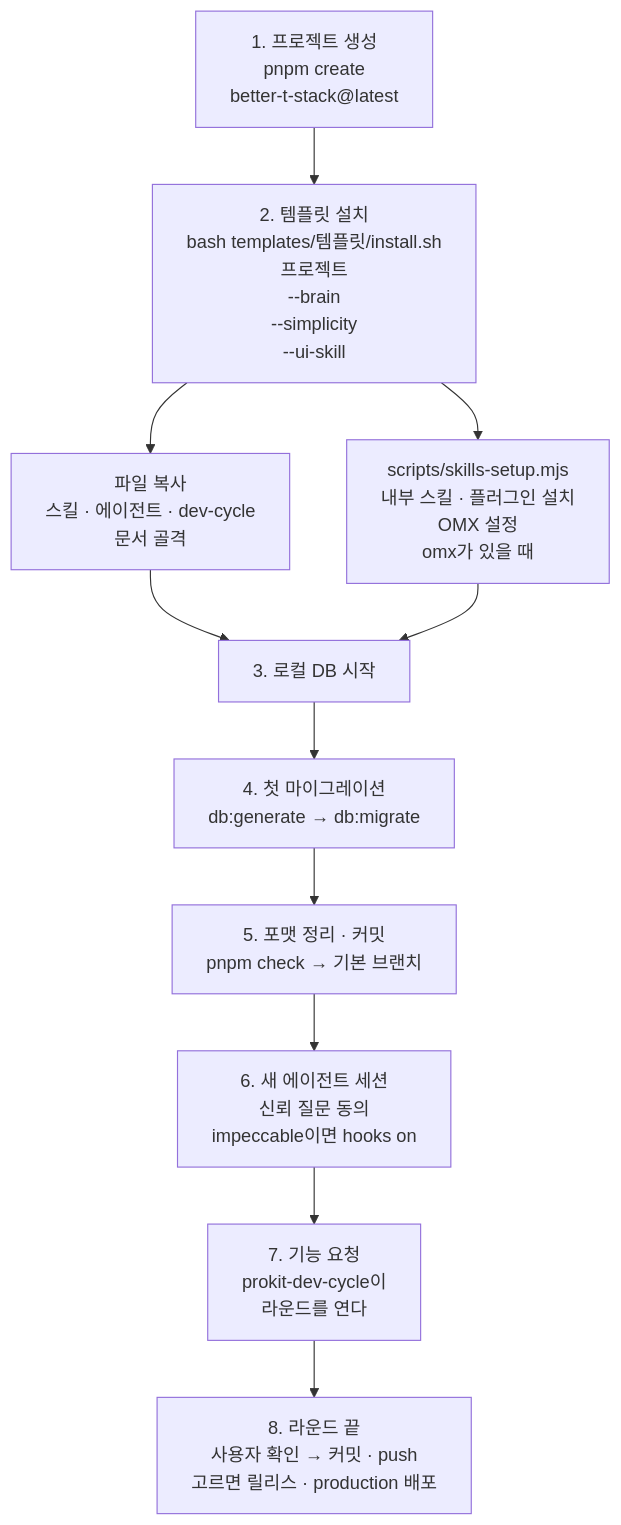
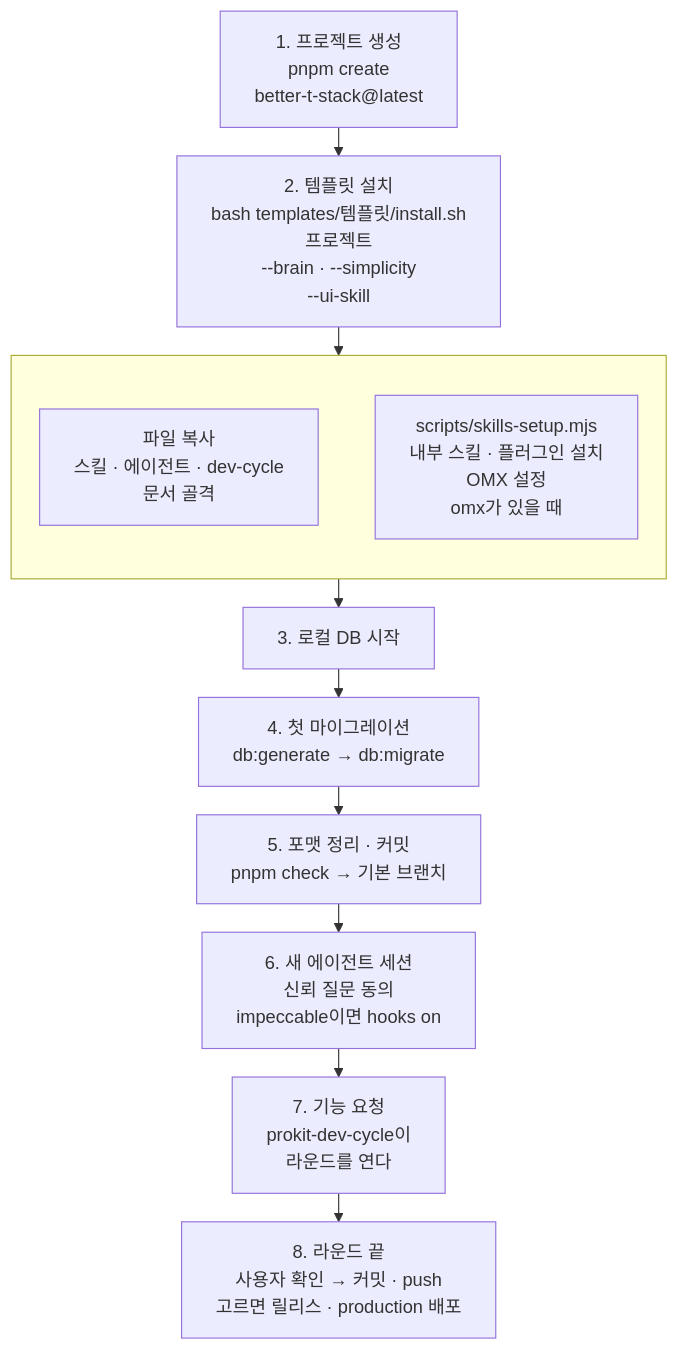
One commit to roadkwon-ai/pro-kit changed the diagram in handbook/start/quickstart-service.md. Above: the diagram before and after it, drawn with Mermaid. The commit also changed 26 other files, not shown here.

````diff
--- a/handbook/start/quickstart-service.md
+++ b/handbook/start/quickstart-service.md
@@ -72,18 +72,22 @@
 ```mermaid
 ---
 config:
   flowchart:
-    wrappingWidth: 260
+    wrappingWidth: 240
+    rankSpacing: 25
 ---
 flowchart TB
-  A["1. 프로젝트 생성<br/>pnpm create<br/>better-t-stack@latest"] --> B["2. 템플릿 설치<br/>bash templates/템플릿/install.sh<br/>프로젝트<br/>--brain<br/>--simplicity<br/>--ui-skill"]
-  B --> B1["파일 복사<br/>스킬 · 에이전트 · dev-cycle<br/>문서 골격"]
-  B --> B2["scripts/skills-setup.mjs<br/>내부 스킬 · 플러그인 설치<br/>OMX 설정<br/>omx가 있을 때"]
-  B1 --> C["3. 로컬 DB 시작"]
-  B2 --> C
+  A["1. 프로젝트 생성<br/>pnpm create<br/>better-t-stack@latest"] --> B["2. 템플릿 설치<br/>bash templates/템플릿/install.sh<br/>프로젝트<br/>--brain · --simplicity<br/>--ui-skill"]
+  B --> SUB
+  subgraph SUB[" "]
+    B1["파일 복사<br/>스킬 · 에이전트 · dev-cycle<br/>문서 골격"]
+    B2["scripts/skills-setup.mjs<br/>내부 스킬 · 플러그인 설치<br/>OMX 설정<br/>omx가 있을 때"]
+    B1 ~~~ B2
+  end
+  SUB --> C["3. 로컬 DB 시작"]
   C --> D["4. 첫 마이그레이션<br/>db:generate → db:migrate"]
   D --> E["5. 포맷 정리 · 커밋<br/>pnpm check → 기본 브랜치"]
   E --> F["6. 새 에이전트 세션<br/>신뢰 질문 동의<br/>impeccable이면 hooks on"]
   F --> G["7. 기능 요청<br/>prokit-dev-cycle이<br/>라운드를 연다"]
   G --> H["8. 라운드 끝<br/>사용자 확인 → 커밋 · push<br/>고르면 릴리스 · production 배포"]
 ```
````
